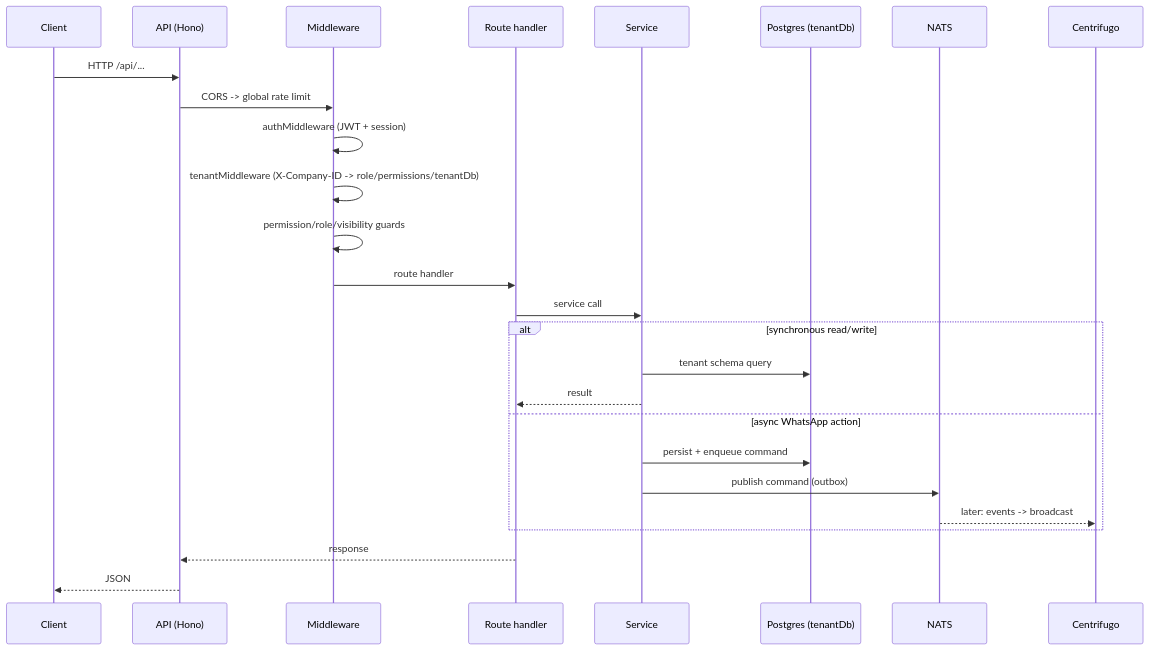
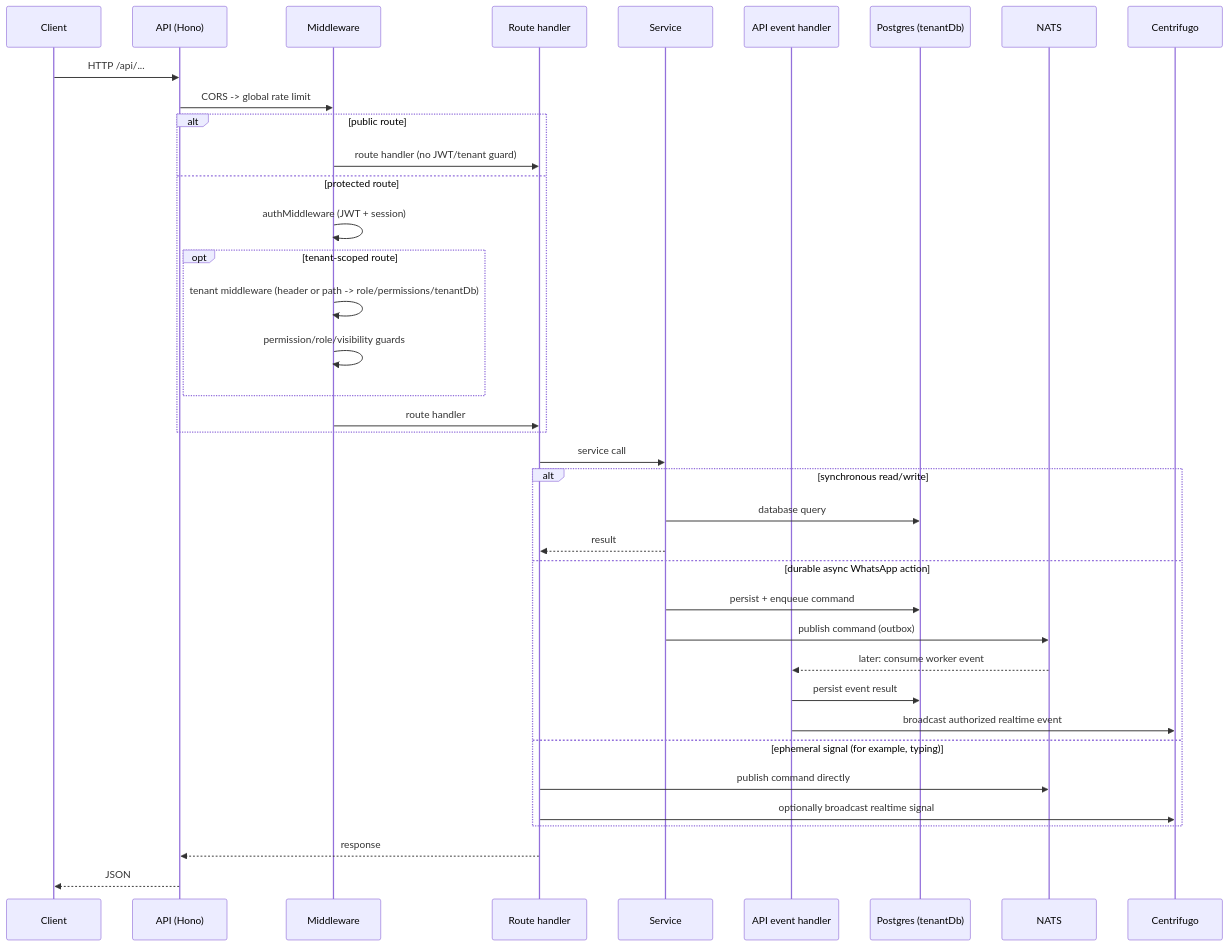
Before and after one commit to ygncode/wateaminbox: the diagram in docs/apis/README.md, drawn with Mermaid. The commit also changed other lines of this file and 27 other files, not shown here.

````diff
--- a/docs/apis/README.md
+++ b/docs/apis/README.md
@@ -11,29 +11,41 @@
 ```mermaid
 sequenceDiagram
     participant C as Client
     participant A as API (Hono)
     participant M as Middleware
     participant H as Route handler
     participant S as Service
+    participant E as API event handler
     participant D as Postgres (tenantDb)
     participant N as NATS
     participant R as Centrifugo
     C->>A: HTTP /api/...
     A->>M: CORS -> global rate limit
-    M->>M: authMiddleware (JWT + session)
-    M->>M: tenantMiddleware (X-Company-ID -> role/permissions/tenantDb)
-    M->>M: permission/role/visibility guards
-    M->>H: route handler
+    alt public route
+        M->>H: route handler (no JWT/tenant guard)
+    else protected route
+        M->>M: authMiddleware (JWT + session)
+        opt tenant-scoped route
+            M->>M: tenant middleware (header or path -> role/permissions/tenantDb)
+            M->>M: permission/role/visibility guards
+        end
+        M->>H: route handler
+    end
     H->>S: service call
     alt synchronous read/write
-        S->>D: tenant schema query
+        S->>D: database query
         S-->>H: result
-    else async WhatsApp action
+    else durable async WhatsApp action
         S->>D: persist + enqueue command
         S->>N: publish command (outbox)
-        N-->>R: later: events -> broadcast
+        N-->>E: later: consume worker event
+        E->>D: persist event result
+        E->>R: broadcast authorized realtime event
+    else ephemeral signal (for example, typing)
+        H->>N: publish command directly
+        H->>R: optionally broadcast realtime signal
     end
     H-->>A: response
     A-->>C: JSON
 
 ```
````
